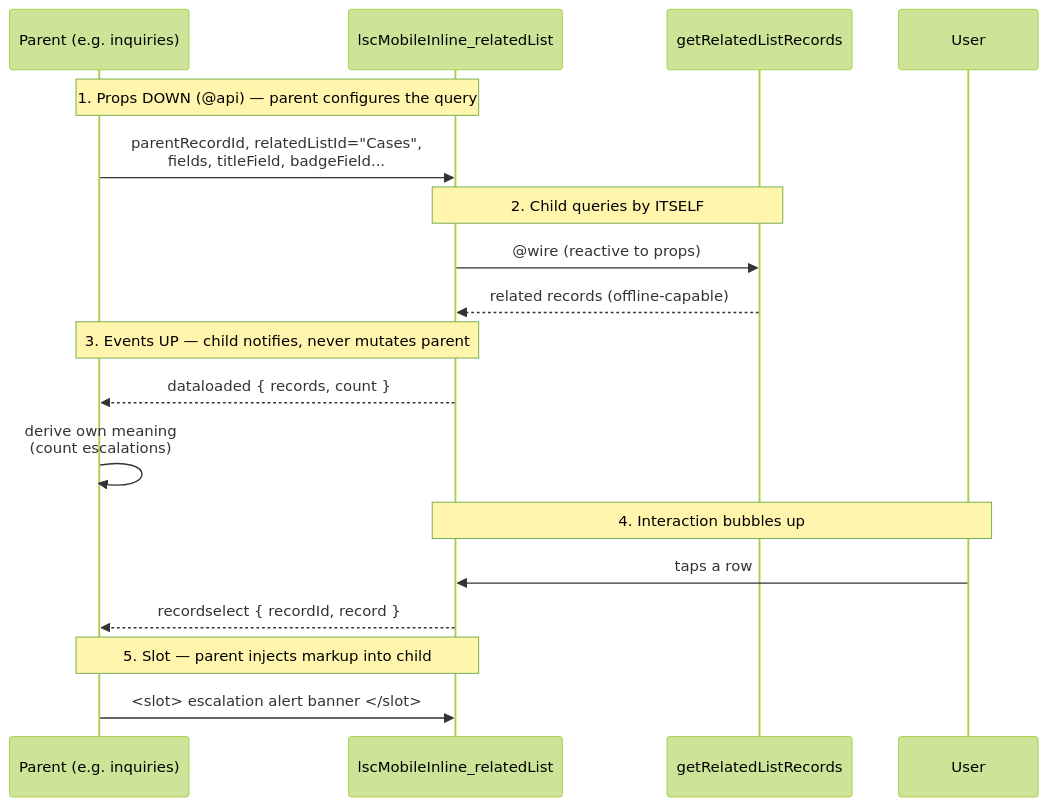
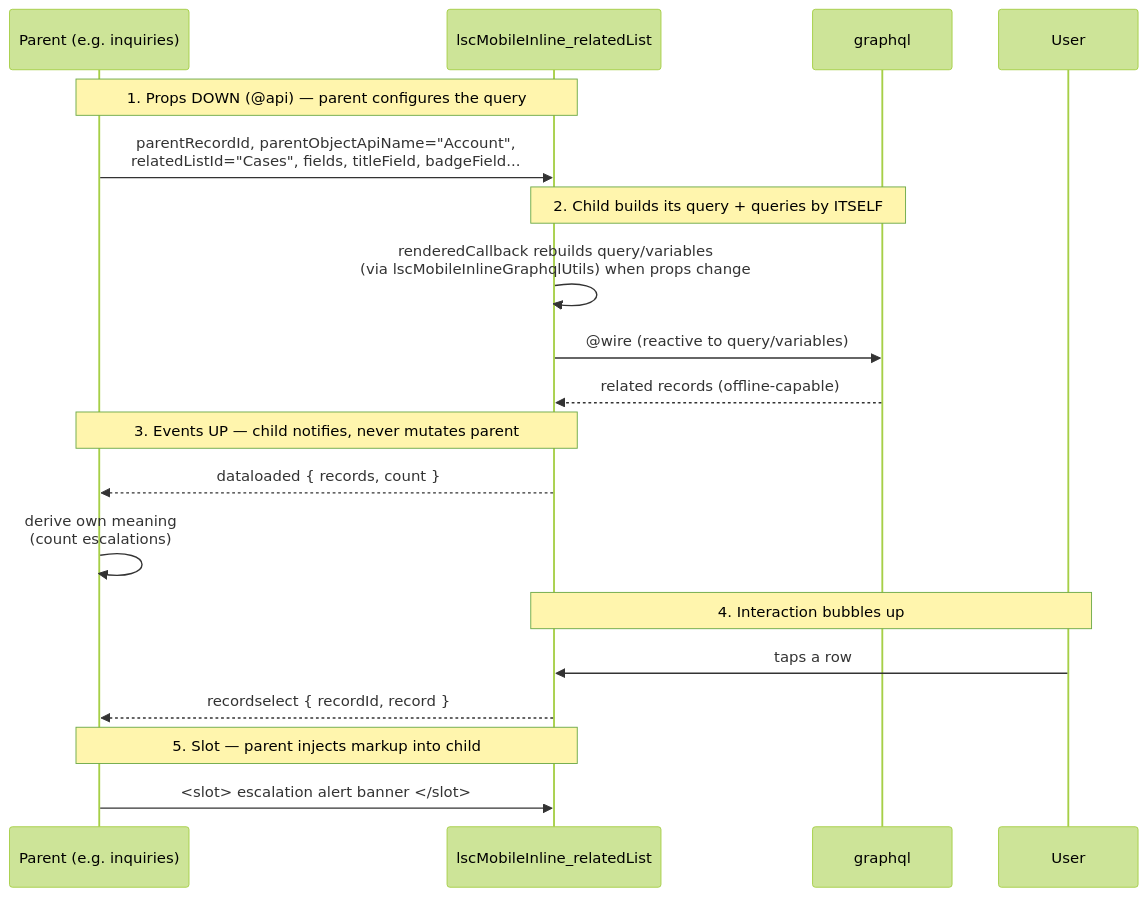
One commit to afls-ideas/lsc-mobile-inline-composable-lwc changed the third of 5 diagrams in README.md. Above: the diagram before and after it, drawn with Mermaid (forest theme). The commit also changed other lines of this file and 17 other files, not shown here.

First line of the commit message:
Migrate related-list/timeline bricks to GraphQL wire adapter

````diff
--- a/README.md
+++ b/README.md
@@ -170,25 +176,26 @@
 ```mermaid
 sequenceDiagram
     participant Parent as Parent (e.g. inquiries)
     participant Child as lscMobileInline_relatedList
-    participant Wire as getRelatedListRecords
+    participant Wire as graphql
     participant User
 
     Note over Parent,Child: 1. Props DOWN (@api) — parent configures the query
-    Parent->>Child: parentRecordId, relatedListId="Cases",<br/>fields, titleField, badgeField...
+    Parent->>Child: parentRecordId, parentObjectApiName="Account",<br/>relatedListId="Cases", fields, titleField, badgeField...
 
-    Note over Child,Wire: 2. Child queries by ITSELF
-    Child->>Wire: @wire (reactive to props)
+    Note over Child,Wire: 2. Child builds its query + queries by ITSELF
+    Child->>Child: renderedCallback rebuilds query/variables<br/>(via lscMobileInlineGraphqlUtils) when props change
+    Child->>Wire: @wire (reactive to query/variables)
     Wire-->>Child: related records (offline-capable)
 
     Note over Child,Parent: 3. Events UP — child notifies, never mutates parent
     Child-->>Parent: dataloaded { records, count }
     Parent->>Parent: derive own meaning<br/>(count escalations)
 
     Note over User,Child: 4. Interaction bubbles up
     User->>Child: taps a row
     Child-->>Parent: recordselect { recordId, record }
 
     Note over Parent,Child: 5. Slot — parent injects markup into child
     Parent->>Child: <slot> escalation alert banner </slot>
 ```
````
